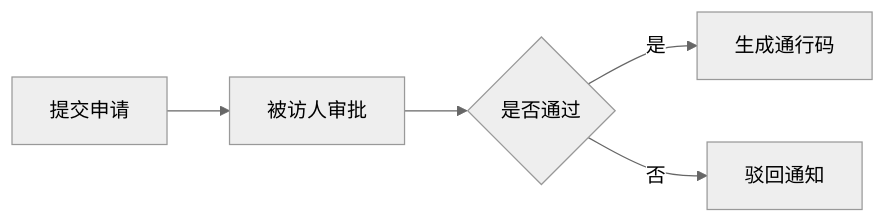
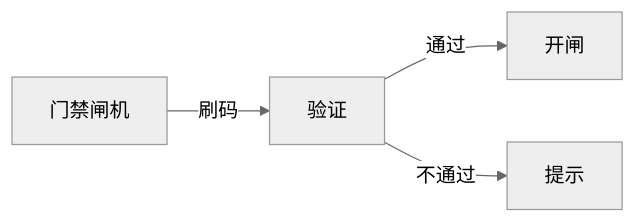
The second of 2 diagrams in devel/requirement.md (yuhaibao39/n8ndeploy), drawn with Mermaid (neutral theme) before and after one commit. The commit also changed other lines of this file, not shown here.

````diff
--- a/devel/requirement.md
+++ b/devel/requirement.md
@@ -43,7 +45,6 @@
 ```mermaid
-flowchart LR
-    A[提交申请] --> B[被访人审批]
-    B --> C{是否通过}
-    C -->|是| D[生成通行码]
-    C -->|否| E[驳回通知]
+graph LR
+    A[门禁闸机] -->|刷码| B[验证]
+    B -->|通过| C[开闸]
+    B -->|不通过| D[提示]
 ```
````
